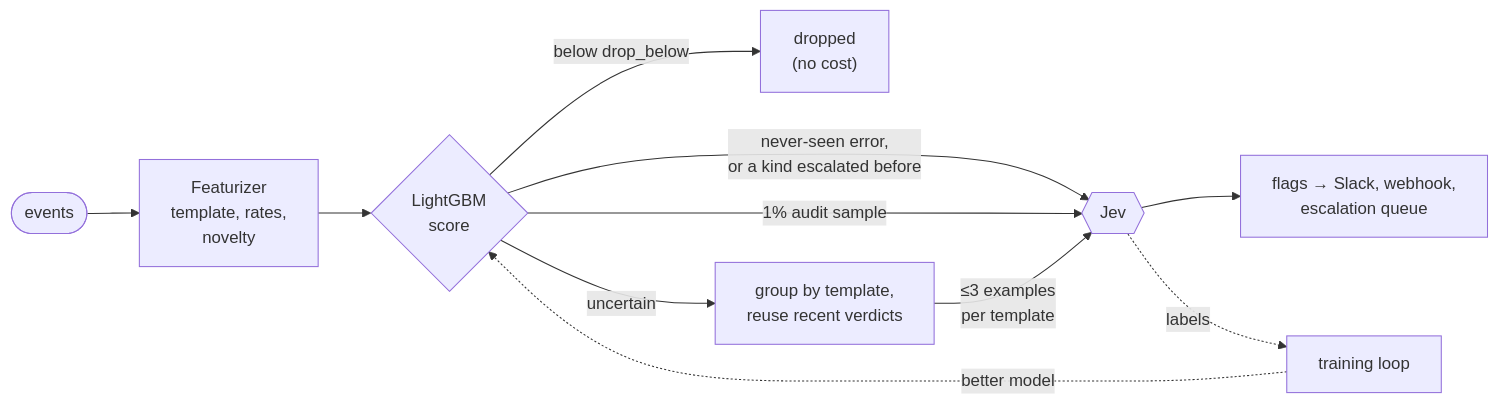
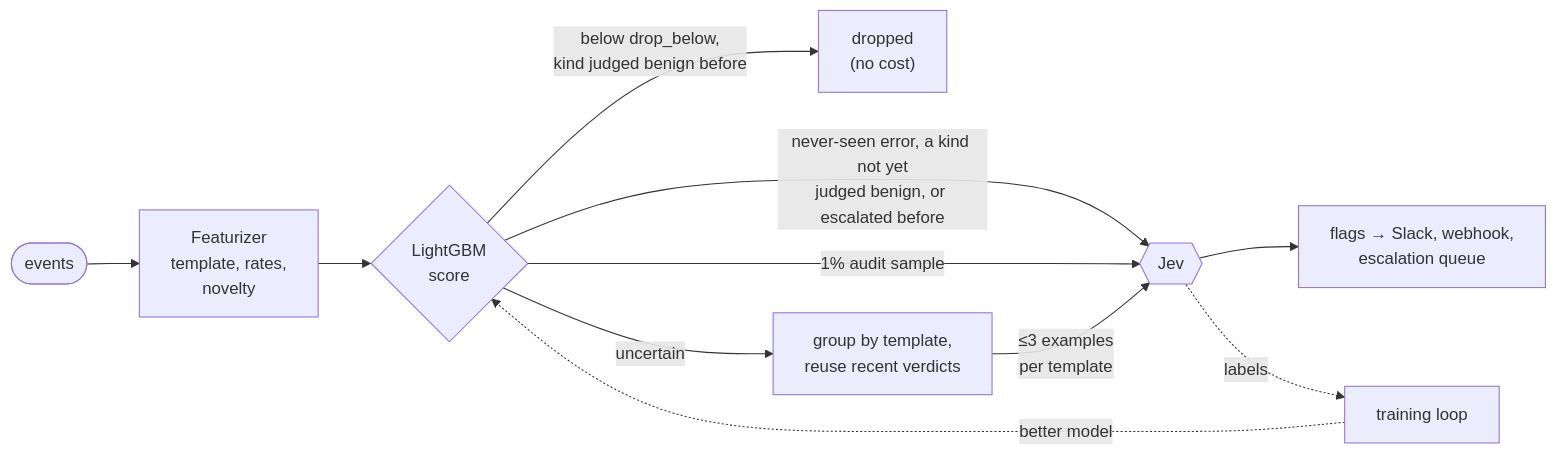
The diagram in docs/triage.md (aosresearch/cloudfriend), drawn with Mermaid before and after one commit. The commit also changed other lines of this file and 4 other files, not shown here.

````diff
--- a/docs/triage.md
+++ b/docs/triage.md
@@ -14,13 +14,13 @@
 ```mermaid
 flowchart LR
   ev(["events"]) --> feat["Featurizer<br/>template, rates,<br/>novelty"]
   feat --> clf{"LightGBM<br/>score"}
-  clf -->|"below drop_below"| drop["dropped<br/>(no cost)"]
-  clf -->|"never-seen error,<br/>or a kind escalated before"| jev
+  clf -->|"below drop_below,<br/>kind judged benign before"| drop["dropped<br/>(no cost)"]
+  clf -->|"never-seen error, a kind not yet<br/>judged benign, or escalated before"| jev
   clf -->|"1% audit sample"| jev
   clf -->|"uncertain"| group["group by template,<br/>reuse recent verdicts"]
   group -->|"≤3 examples<br/>per template"| jev{{"Jev"}}
   jev --> flags["flags → Slack, webhook,<br/>escalation queue"]
   jev -.->|"labels"| train["training loop"]
   train -.->|"better model"| clf
 ```
````
